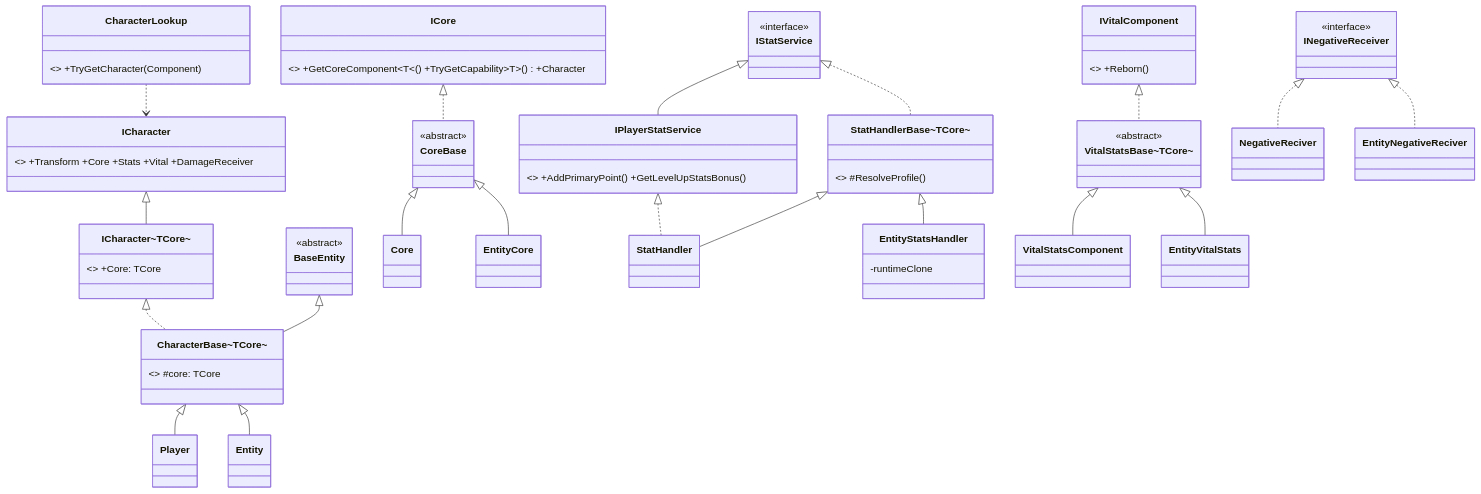
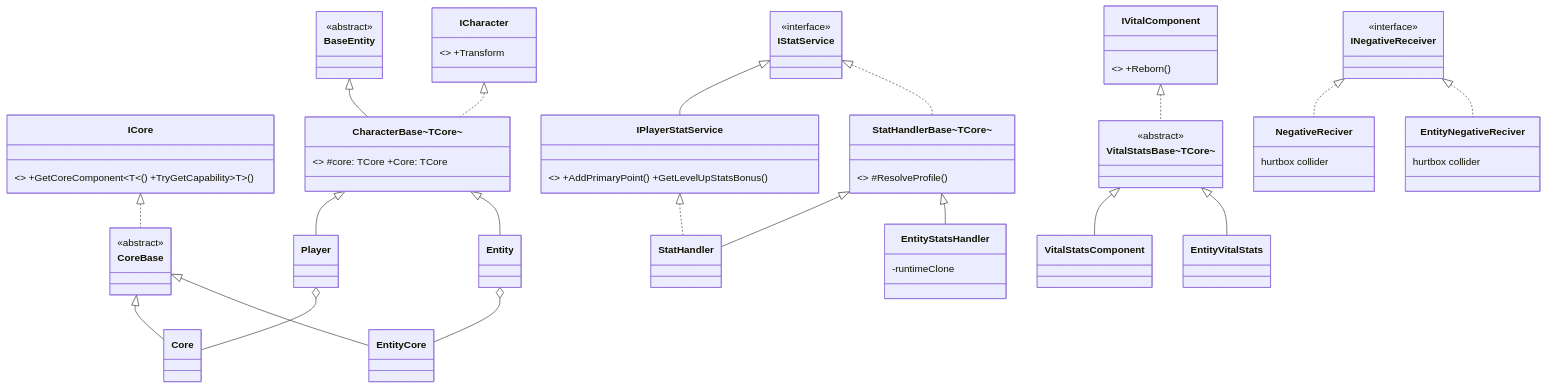
The second of 8 diagrams in docs/diagrams/character-architecture-diagrams.md (kay6198835/Game-RPG), drawn with Mermaid before and after one commit. The commit also changed other lines of this file and 28 other files, not shown here.

First line of the commit message:
refactor(character): ICharacter is identity only (ADR-0005 Amendment 1)

````diff
--- a/docs/diagrams/character-architecture-diagrams.md
+++ b/docs/diagrams/character-architecture-diagrams.md
@@ -53,46 +56,44 @@
 ```mermaid
 classDiagram
-    class ICharacter { <<interface>> +Transform +Core +Stats +Vital +DamageReceiver }
-    class ICharacterT["ICharacter~TCore~"] { <<interface>> +Core: TCore }
-    class ICore { <<interface>> +GetCoreComponent~T~() +TryGetCapability~T~() +Character }
+    class ICharacter { <<interface>> +Transform }
+    class ICore { <<interface>> +GetCoreComponent~T~() +TryGetCapability~T~() }
     class BaseEntity { <<abstract>> }
-    class CharacterBase["CharacterBase~TCore~"] { <<abstract>> #core: TCore }
+    class CharacterBase["CharacterBase~TCore~"] { <<abstract>> #core: TCore +Core: TCore }
     class Player
     class Entity
     class CoreBase { <<abstract>> }
     class Core
     class EntityCore
     class IStatService { <<interface>> }
     class IPlayerStatService { <<interface>> +AddPrimaryPoint() +GetLevelUpStatsBonus() }
     class IVitalComponent { <<interface>> +Reborn() }
     class INegativeReceiver { <<interface>> }
     class StatHandlerBase["StatHandlerBase~TCore~"] { <<abstract>> #ResolveProfile() }
     class VitalStatsBase["VitalStatsBase~TCore~"] { <<abstract>> }
     class StatHandler
     class EntityStatsHandler { -runtimeClone }
     class VitalStatsComponent
     class EntityVitalStats
-    class NegativeReciver
-    class EntityNegativeReciver
-    class CharacterLookup { <<static>> +TryGetCharacter(Component) }
+    class NegativeReciver { hurtbox collider }
+    class EntityNegativeReciver { hurtbox collider }
 
-    ICharacter <|-- ICharacterT
     BaseEntity <|-- CharacterBase
-    ICharacterT <|.. CharacterBase
+    ICharacter <|.. CharacterBase
     CharacterBase <|-- Player
     CharacterBase <|-- Entity
     ICore <|.. CoreBase
     CoreBase <|-- Core
     CoreBase <|-- EntityCore
+    Player o-- Core
+    Entity o-- EntityCore
     IStatService <|-- IPlayerStatService
     IStatService <|.. StatHandlerBase
     StatHandlerBase <|-- StatHandler
     StatHandlerBase <|-- EntityStatsHandler
     IPlayerStatService <|.. StatHandler
     IVitalComponent <|.. VitalStatsBase
     VitalStatsBase <|-- VitalStatsComponent
     VitalStatsBase <|-- EntityVitalStats
     INegativeReceiver <|.. NegativeReciver
     INegativeReceiver <|.. EntityNegativeReciver
-    CharacterLookup ..> ICharacter
 ```
````
